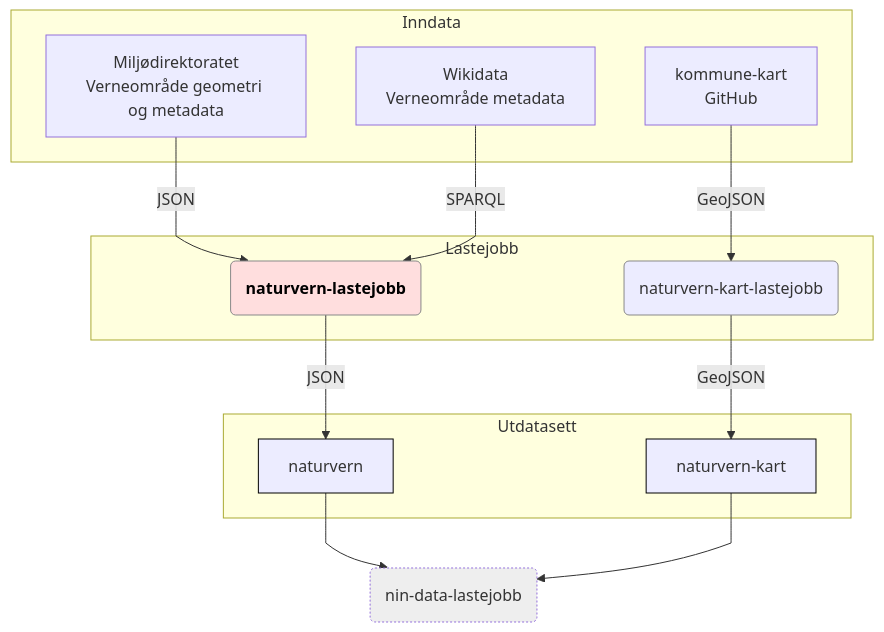
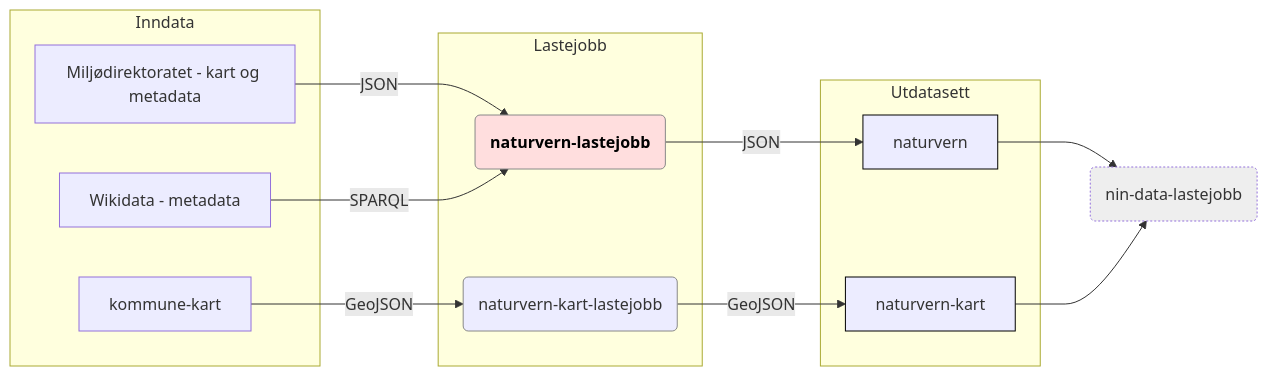
One commit to Artsdatabanken/naturvern-lastejobb changed the diagram in doc/flytdiagram.md. Above: the diagram before and after it, drawn with Mermaid. The commit also changed 1 other file, not shown here.

Commit message:
Firkanter ble usynli på GitHub

````diff
--- a/doc/flytdiagram.md
+++ b/doc/flytdiagram.md
@@ -1,45 +1,45 @@
 ```mermaid
 
-graph TB;
+graph LR;
   linkStyle default interpolate monotoneX
     subgraph Inndata
-      kommune-kart[kommune-kart<br/>GitHub]
-      wikidata[Wikidata<br/>Verneområde metadata]
-      mdir[Miljødirektoratet<br/>Verneområde geometri og metadata]
+      kommune-kart[kommune-kart]
+      wikidata[Wikidata - metadata]
+      mdir[Miljødirektoratet - kart og metadata]
     end
     subgraph Lastejobb
       naturvern-kart-lastejobb(naturvern-kart-lastejobb)
       naturvern-lastejobb(naturvern-lastejobb)
     end
     subgraph Utdatasett
       naturvern-kart[naturvern-kart]
       naturvern[naturvern]
     end
     mdir-->|JSON|naturvern-lastejobb;
     wikidata-->|SPARQL|naturvern-lastejobb;
     naturvern-kart-lastejobb-->|GeoJSON|naturvern-kart;
     naturvern-lastejobb-->|JSON|naturvern;
     kommune-kart-->|GeoJSON|naturvern-kart-lastejobb(naturvern-kart-lastejobb);
     naturvern-->nin-data-lastejobb(nin-data-lastejobb);
     naturvern-kart-->nin-data-lastejobb(nin-data-lastejobb);
     click naturvern-lastejobb "https://github.com/Artsdatabanken/naturvern-lastejobb" "_"
     click naturvern "https://github.com/Artsdatabanken/naturvern" "_"
     click naturvern-kart "https://github.com/Artsdatabanken/naturvern-kart" "_"
     click naturvern-kart-lastejobb "https://github.com/Artsdatabanken/naturvern-kart-lastejobb" "_"
     click kommune-kart "https://github.com/Artsdatabanken/kommune-kart" "_"
     click wikidata "https://www.wikidata.org/wiki/Q15284" "_"
     click mdir "https://www.mdir.no" "_"
 
 class naturvern-lastejobb focus
 class kommune,wikidata,mdir data
 class naturvern,naturvern-kart, utdata
 class xnaturvern-lastejobb,naturvern-kart-lastejobb lastejobb
 class nin-data-lastejobb next
 classDef focusx stroke:#888,stroke-width:3px,font-weight:600;
 classDef focus color:#000,fill:#ffdede,stroke:#888,stroke-widthx:3px,font-weight:600;
 classDef data fillx:#ffd;
 classDef lastejobb fillx:#fff,stroke:#888;
 classDef utdata fillx:#ffa,stroke:#000;
 classDef next fill:#eee,stroke-dasharray: 2, 2;
 
 ```
````
